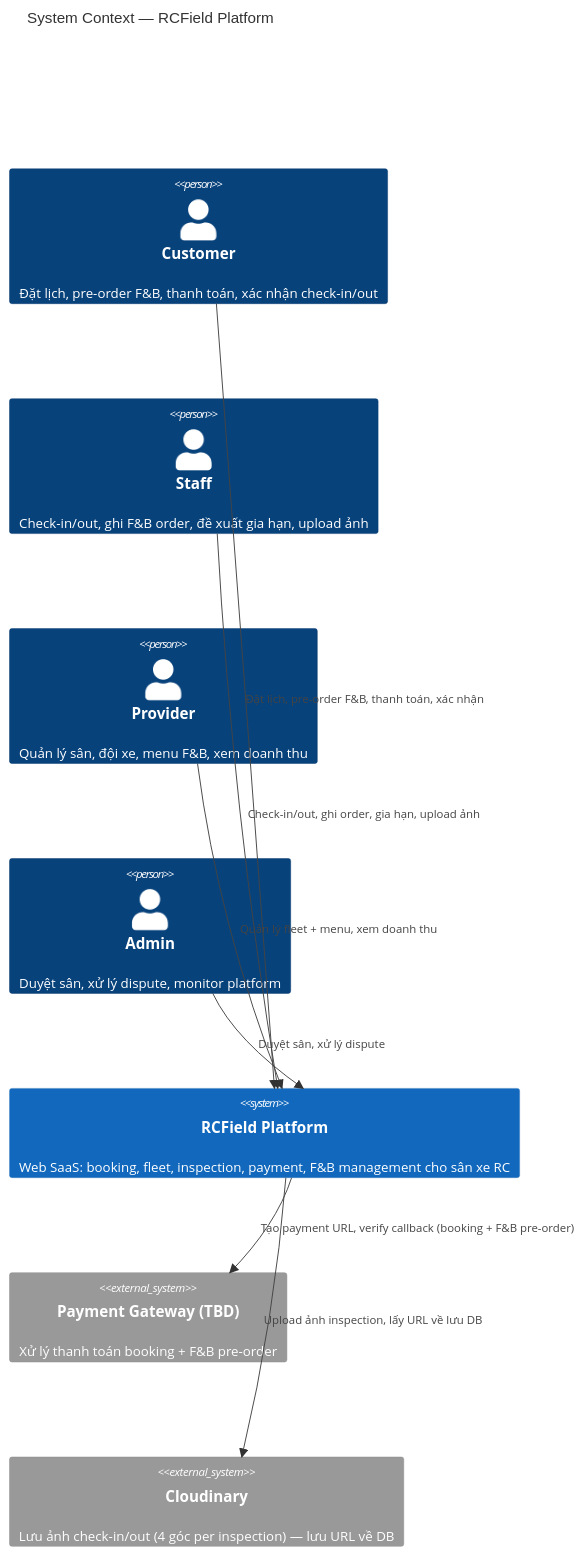
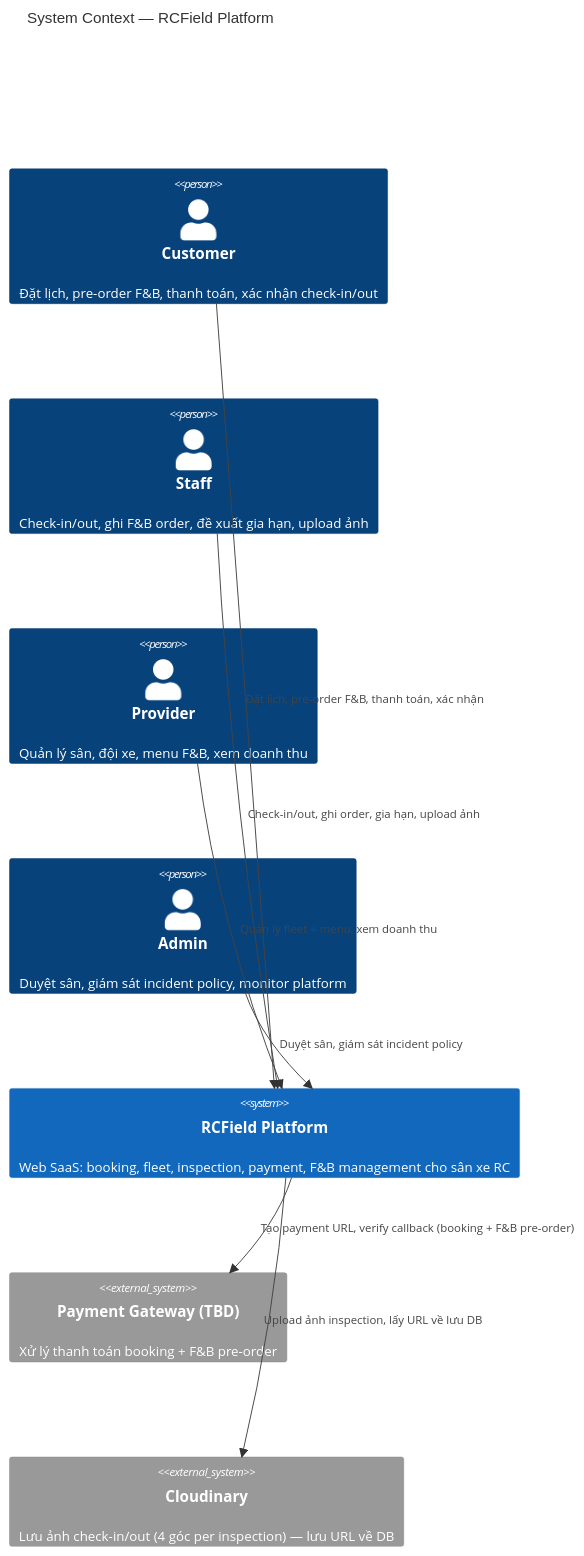
Before and after one commit to RCField-SEP490/rcfield-spec: the first of 4 diagrams in docs/architecture/00-system-overview.md, drawn with Mermaid. The commit also changed other lines of this file and 15 other files, not shown here.

````diff
--- a/docs/architecture/00-system-overview.md
+++ b/docs/architecture/00-system-overview.md
@@ -16,21 +16,21 @@
 ```mermaid
 C4Context
     title System Context — RCField Platform
 
     Person(customer, "Customer", "Đặt lịch, pre-order F&B, thanh toán, xác nhận check-in/out")
     Person(staff, "Staff", "Check-in/out, ghi F&B order, đề xuất gia hạn, upload ảnh")
     Person(provider, "Provider", "Quản lý sân, đội xe, menu F&B, xem doanh thu")
-    Person(admin, "Admin", "Duyệt sân, xử lý dispute, monitor platform")
+    Person(admin, "Admin", "Duyệt sân, giám sát incident policy, monitor platform")
 
     System(rcfield, "RCField Platform", "Web SaaS: booking, fleet, inspection, payment, F&B management cho sân xe RC")
 
     System_Ext(payment, "Payment Gateway (TBD)", "Xử lý thanh toán booking + F&B pre-order")
     System_Ext(s3, "Cloudinary", "Lưu ảnh check-in/out (4 góc per inspection) — lưu URL về DB")
 
     Rel(customer, rcfield, "Đặt lịch, pre-order F&B, thanh toán, xác nhận")
     Rel(staff, rcfield, "Check-in/out, ghi order, gia hạn, upload ảnh")
     Rel(provider, rcfield, "Quản lý fleet + menu, xem doanh thu")
-    Rel(admin, rcfield, "Duyệt sân, xử lý dispute")
+    Rel(admin, rcfield, "Duyệt sân, giám sát incident policy")
     Rel(rcfield, payment, "Tạo payment URL, verify callback (booking + F&B pre-order)")
     Rel(rcfield, s3, "Upload ảnh inspection, lấy URL về lưu DB")
 ```
````
